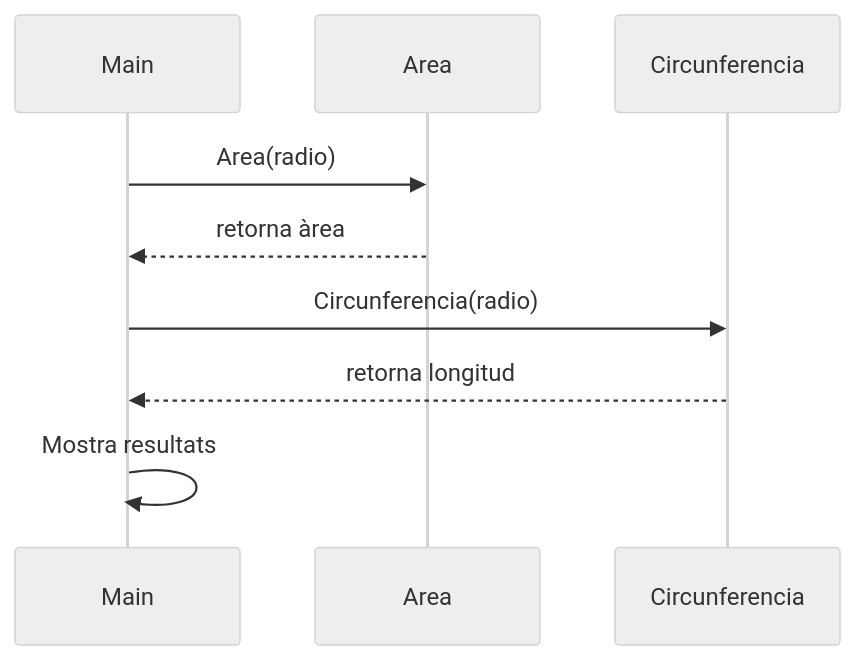
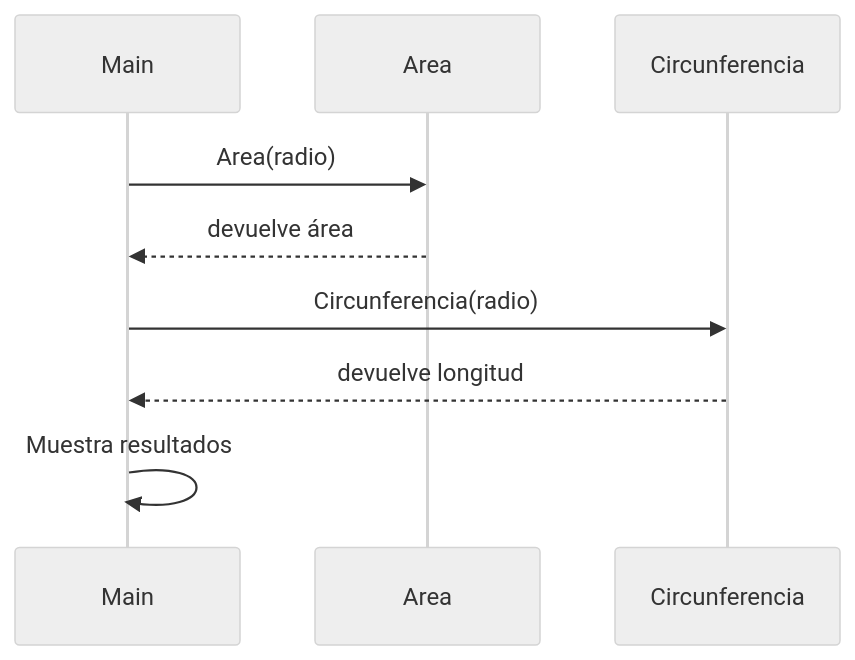
One commit to ssorianor/CefireMarkdownTasca4sergiosorianoreyes changed the second of 3 diagrams in md/index.md. Above: the diagram before and after it, drawn with Mermaid (neutral theme). The commit also changed other lines of this file and 2 other files, not shown here.

Commit message:
Diagramas modificados index.md

````diff
--- a/md/index.md
+++ b/md/index.md
@@ -208,12 +223,12 @@
 ```mermaid
 sequenceDiagram
     participant Main
     participant Area
     participant Circunferencia
 
     Main->>Area: Area(radio)
-    Area-->>Main: retorna àrea
+    Area-->>Main: devuelve área
     Main->>Circunferencia: Circunferencia(radio)
-    Circunferencia-->>Main: retorna longitud
-    Main->>Main: Mostra resultats
+    Circunferencia-->>Main: devuelve longitud
+    Main->>Main: Muestra resultados
 ```
````
